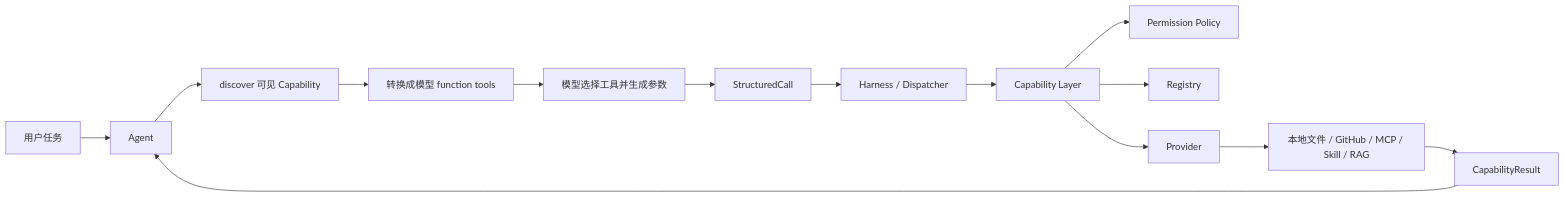
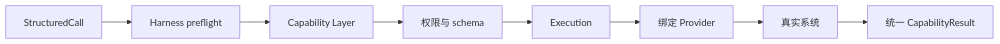
One commit to Arthur999459up/GitAgent changed the second of 15 diagrams in docs/05-capability-and-tool-system.md. Above: the diagram before and after it, drawn with Mermaid. The commit also changed other lines of this file and 15 other files, not shown here.

````diff
--- a/docs/05-capability-and-tool-system.md
+++ b/docs/05-capability-and-tool-system.md
@@ -17,16 +24,10 @@
 ```mermaid
 flowchart LR
-    U[用户任务] --> A[Agent]
-    A --> D[discover 可见 Capability]
-    D --> T[转换成模型 function tools]
-    T --> M[模型选择工具并生成参数]
-    M --> SC[StructuredCall]
-    SC --> H[Harness / Dispatcher]
+    M[StructuredCall] --> H[Harness preflight]
     H --> C[Capability Layer]
-    C --> P[Permission Policy]
-    C --> R[Registry]
-    C --> V[Provider]
-    V --> X[本地文件 / GitHub / MCP / Skill / RAG]
-    X --> CR[CapabilityResult]
-    CR --> A
+    C --> A[权限与 schema]
+    A --> E[Execution]
+    E --> P[绑定 Provider]
+    P --> X[真实系统]
+    X --> R[统一 CapabilityResult]
 ```
````
